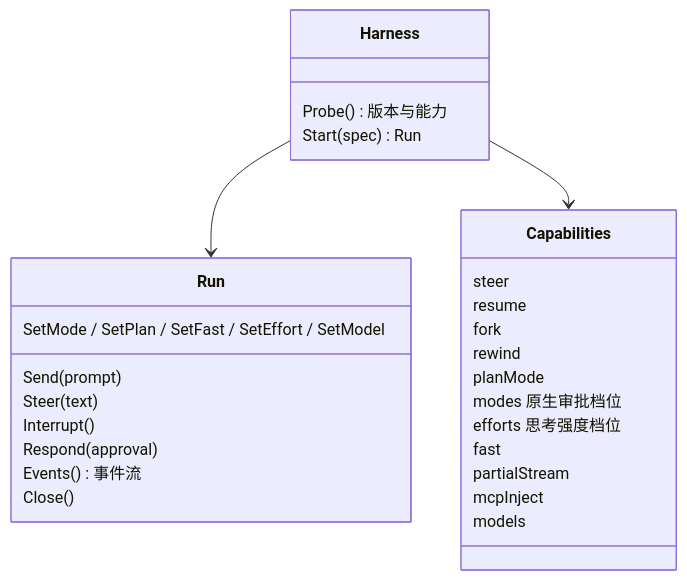
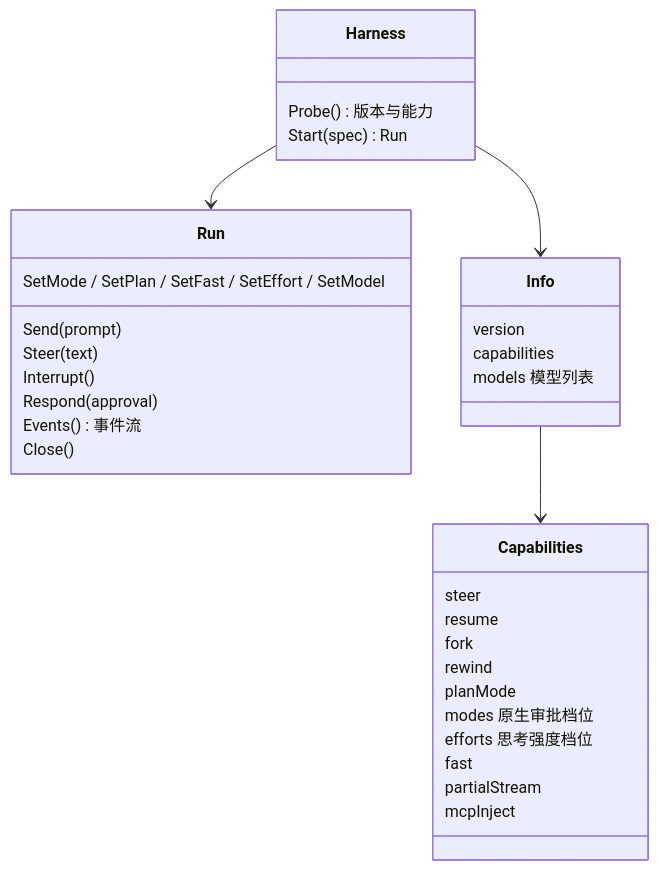
Before and after one commit to yangflow/hoplet: the diagram in docs/design/0003-agent-driving.md, drawn with Mermaid. The commit also changed other lines of this file and 4 other files, not shown here.

````diff
--- a/docs/design/0003-agent-driving.md
+++ b/docs/design/0003-agent-driving.md
@@ -35,31 +45,36 @@
 ```mermaid
 classDiagram
     class Harness {
         Probe() 版本与能力
         Start(spec) Run
     }
     class Run {
         Send(prompt)
         Steer(text)
         Interrupt()
         Respond(approval)
         SetMode / SetPlan / SetFast / SetEffort / SetModel
         Events() 事件流
         Close()
     }
     class Capabilities {
         steer
         resume
         fork
         rewind
         planMode
         modes 原生审批档位
         efforts 思考强度档位
         fast
         partialStream
         mcpInject
-        models
+    }
+    class Info {
+        version
+        capabilities
+        models 模型列表
     }
     Harness --> Run
-    Harness --> Capabilities
+    Harness --> Info
+    Info --> Capabilities
 ```
````
